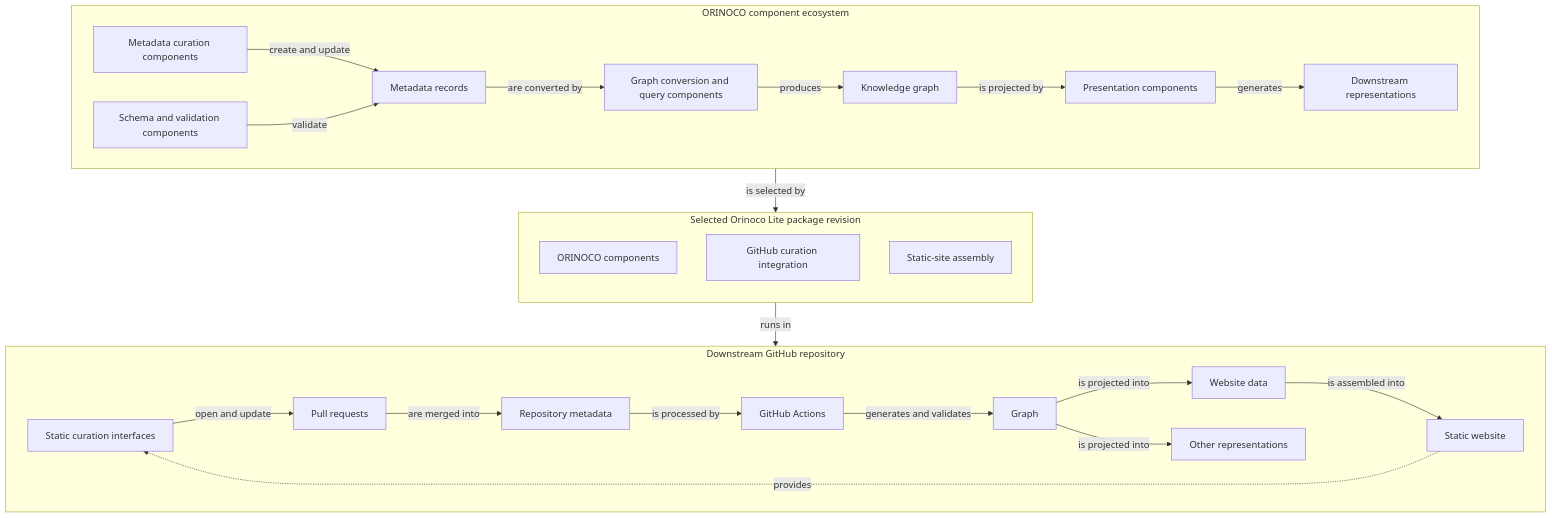
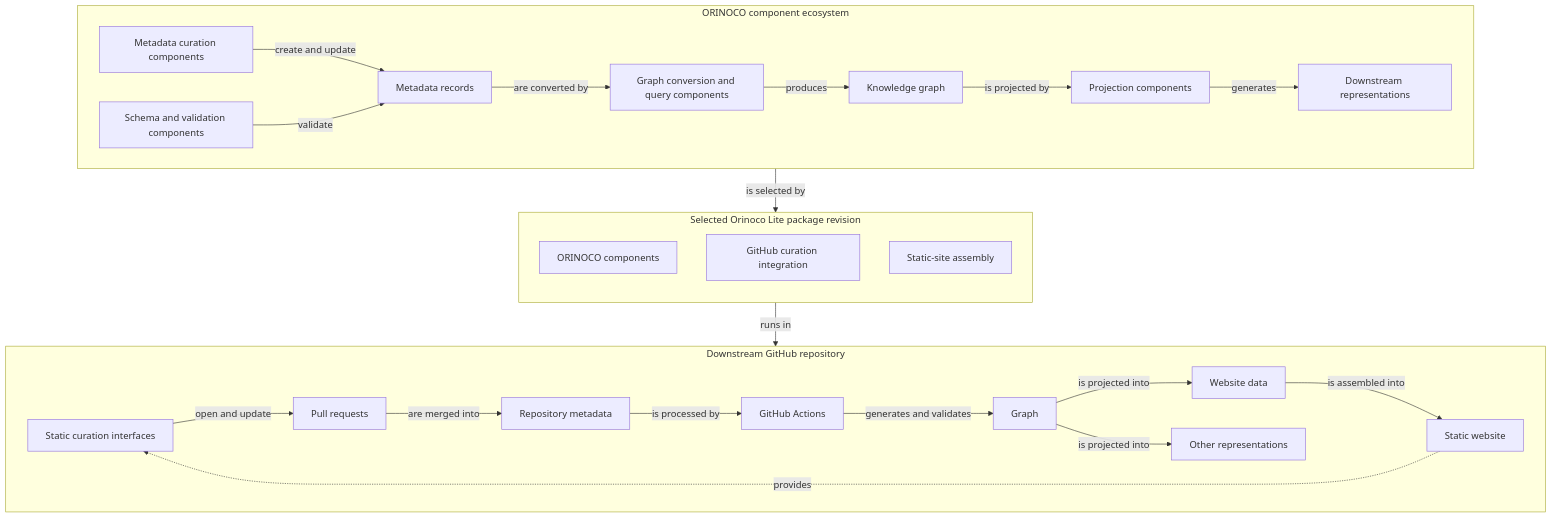
The first of 2 diagrams in docs/project-design.md (ORINOCO-Lite/orinoco-lite-dev), drawn with Mermaid before and after one commit. The commit also changed other lines of this file and 47 other files, not shown here.

````diff
--- a/docs/project-design.md
+++ b/docs/project-design.md
@@ -77,52 +77,52 @@
 ```mermaid
 flowchart TB
   subgraph orinoco["ORINOCO component ecosystem"]
     direction LR
     curation["Metadata curation components"]
     schema["Schema and validation components"]
     conversion["Graph conversion and query components"]
-    presentation["Presentation components"]
+    projection["Projection components"]
     records["Metadata records"]
     knowledge_graph["Knowledge graph"]
     representations["Downstream representations"]
 
     curation -->|"create and update"| records
     schema -->|"validate"| records
     records -->|"are converted by"| conversion
     conversion -->|"produces"| knowledge_graph
-    knowledge_graph -->|"is projected by"| presentation
-    presentation -->|"generates"| representations
+    knowledge_graph -->|"is projected by"| projection
+    projection -->|"generates"| representations
   end
 
   subgraph package["Selected Orinoco Lite package revision"]
     direction TB
     components["ORINOCO components"]
     curation_integration["GitHub curation integration"]
     site_assembly["Static-site assembly"]
   end
 
   orinoco -->|"is selected by"| package
 
   subgraph downstream["Downstream GitHub repository"]
     direction LR
     interfaces["Static curation interfaces"]
     pull_request["Pull requests"]
     metadata["Repository metadata"]
     actions["GitHub Actions"]
     built_graph["Graph"]
     website_data["Website data"]
     other_outputs["Other representations"]
     site["Static website"]
 
     interfaces -->|"open and update"| pull_request
     pull_request -->|"are merged into"| metadata
     metadata -->|"is processed by"| actions
     actions -->|"generates and validates"| built_graph
     built_graph -->|"is projected into"| website_data
     built_graph -->|"is projected into"| other_outputs
     website_data -->|"is assembled into"| site
     site -.->|"provides"| interfaces
   end
 
   package -->|"runs in"| actions
 ```
````
